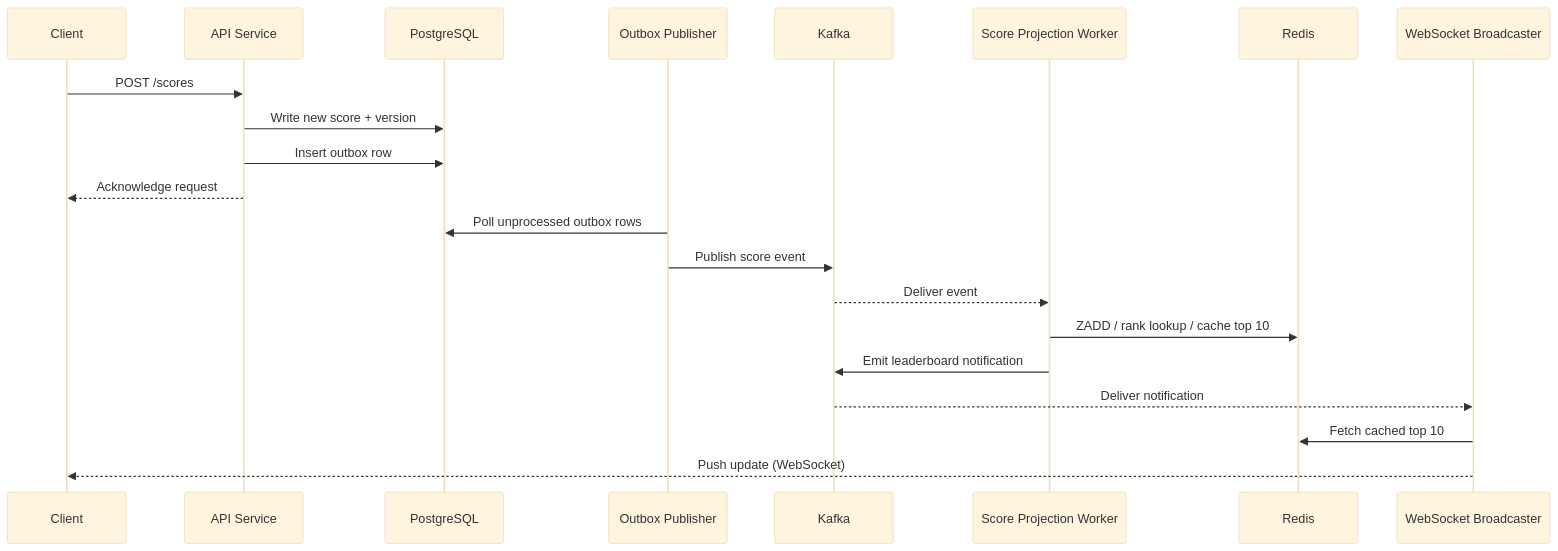
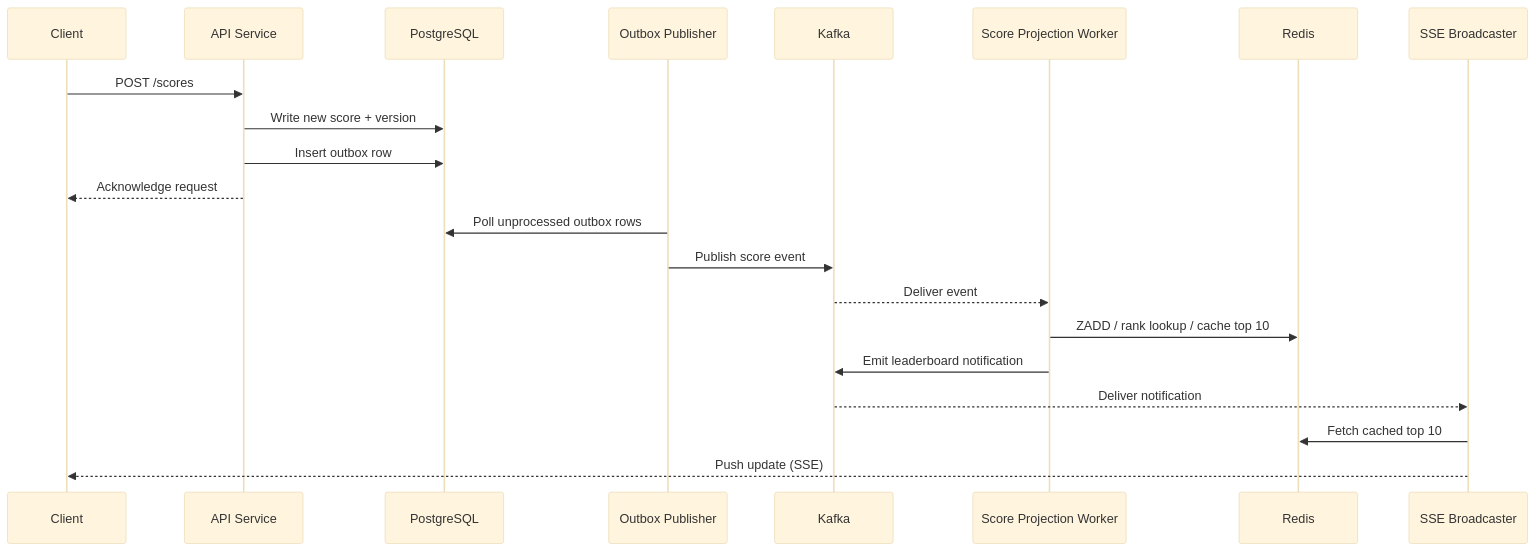
The third of 6 diagrams in gaming-leaderboard/DESIGN.md (anhba817/system-design), drawn with Mermaid (base theme) before and after one commit. The commit also changed other lines of this file and 5 other files, not shown here.

````diff
--- a/gaming-leaderboard/DESIGN.md
+++ b/gaming-leaderboard/DESIGN.md
@@ -139,24 +140,24 @@
 ```mermaid
 sequenceDiagram
     participant C as Client
     participant API as API Service
     participant PG as PostgreSQL
     participant OB as Outbox Publisher
     participant K as Kafka
     participant W as Score Projection Worker
     participant R as Redis
-    participant WS as WebSocket Broadcaster
+    participant SSE as SSE Broadcaster
 
     C->>API: POST /scores
     API->>PG: Write new score + version
     API->>PG: Insert outbox row
     API-->>C: Acknowledge request
     OB->>PG: Poll unprocessed outbox rows
     OB->>K: Publish score event
     K-->>W: Deliver event
     W->>R: ZADD / rank lookup / cache top 10
     W->>K: Emit leaderboard notification
-    K-->>WS: Deliver notification
-    WS->>R: Fetch cached top 10
-    WS-->>C: Push update (WebSocket)
+    K-->>SSE: Deliver notification
+    SSE->>R: Fetch cached top 10
+    SSE-->>C: Push update (SSE)
 ```
````
